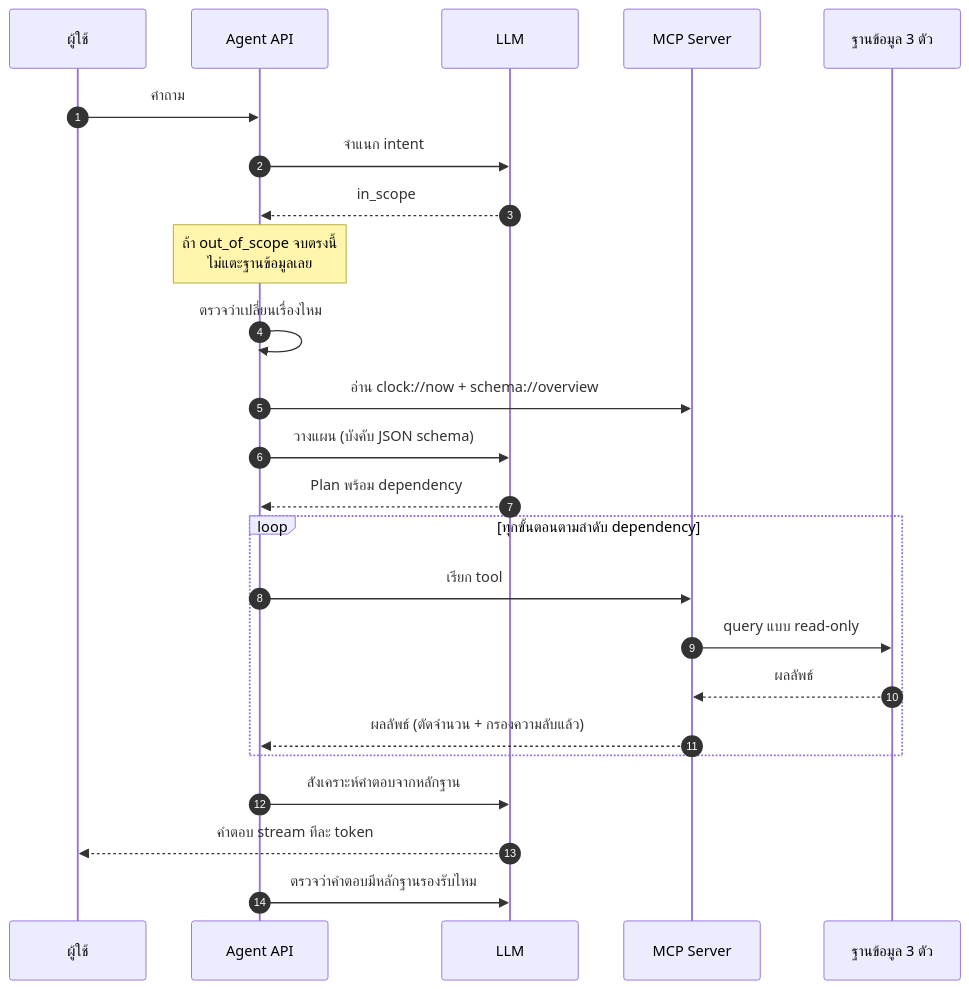
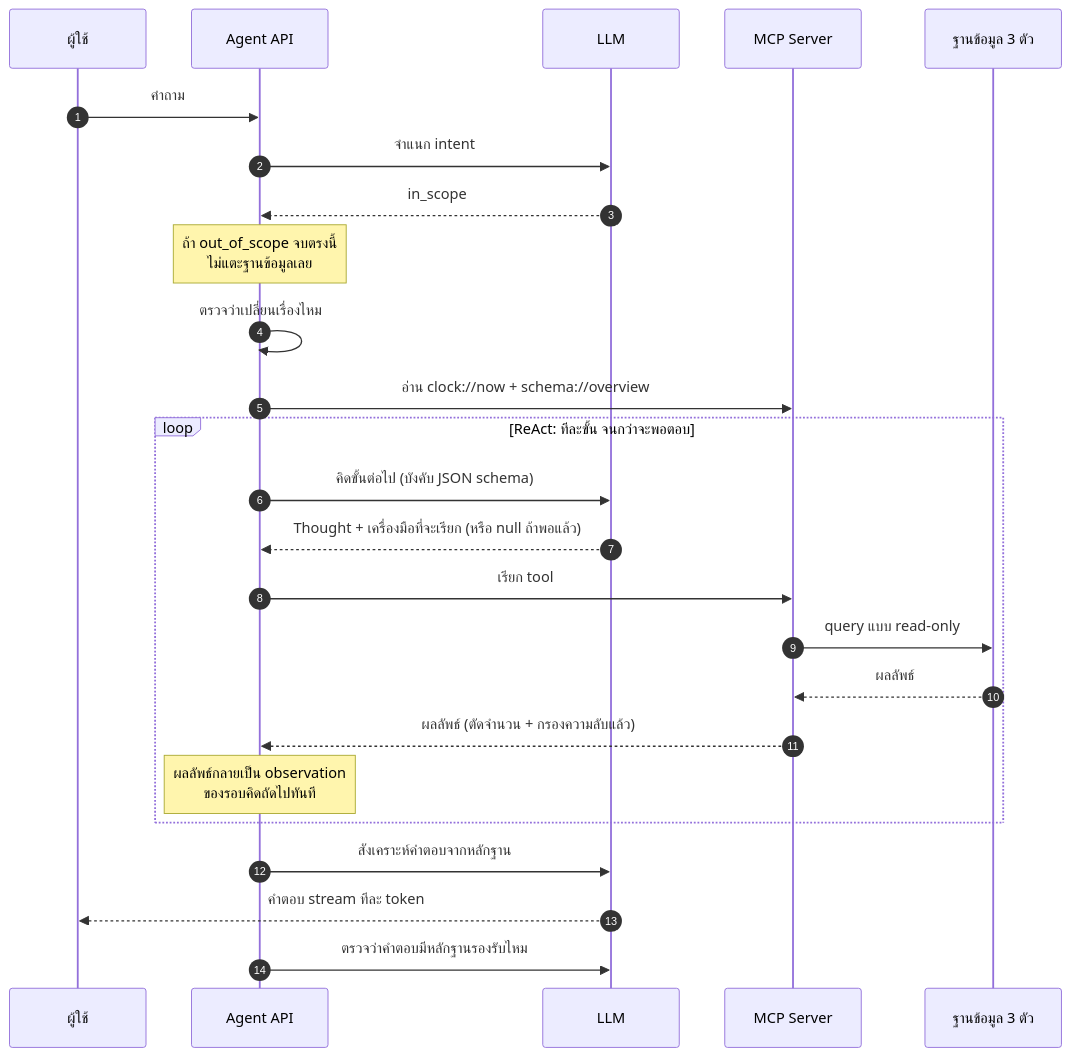
One commit to LLM-CE-KMITL/mcp-workshop changed the third of 3 diagrams in INSTRUCTIONS/day0/01-architecture.md. Above: the diagram before and after it, drawn with Mermaid. The commit also changed other lines of this file and 38 other files, not shown here.

````diff
--- a/INSTRUCTIONS/day0/01-architecture.md
+++ b/INSTRUCTIONS/day0/01-architecture.md
@@ -78,27 +77,28 @@
 ```mermaid
 sequenceDiagram
     autonumber
     participant U as ผู้ใช้
     participant API as Agent API
     participant L as LLM
     participant M as MCP Server
     participant DB as ฐานข้อมูล 3 ตัว
 
     U->>API: คำถาม
     API->>L: จำแนก intent
     L-->>API: in_scope
     Note over API: ถ้า out_of_scope จบตรงนี้<br/>ไม่แตะฐานข้อมูลเลย
     API->>API: ตรวจว่าเปลี่ยนเรื่องไหม
     API->>M: อ่าน clock://now + schema://overview
-    API->>L: วางแผน (บังคับ JSON schema)
-    L-->>API: Plan พร้อม dependency
-    loop ทุกขั้นตอนตามลำดับ dependency
+    loop ReAct: ทีละขั้น จนกว่าจะพอตอบ
+        API->>L: คิดขั้นต่อไป (บังคับ JSON schema)
+        L-->>API: Thought + เครื่องมือที่จะเรียก (หรือ null ถ้าพอแล้ว)
         API->>M: เรียก tool
         M->>DB: query แบบ read-only
         DB-->>M: ผลลัพธ์
         M-->>API: ผลลัพธ์ (ตัดจำนวน + กรองความลับแล้ว)
+        Note over API: ผลลัพธ์กลายเป็น observation<br/>ของรอบคิดถัดไปทันที
     end
     API->>L: สังเคราะห์คำตอบจากหลักฐาน
     L-->>U: คำตอบ stream ทีละ token
     API->>L: ตรวจว่าคำตอบมีหลักฐานรองรับไหม
 ```
````
